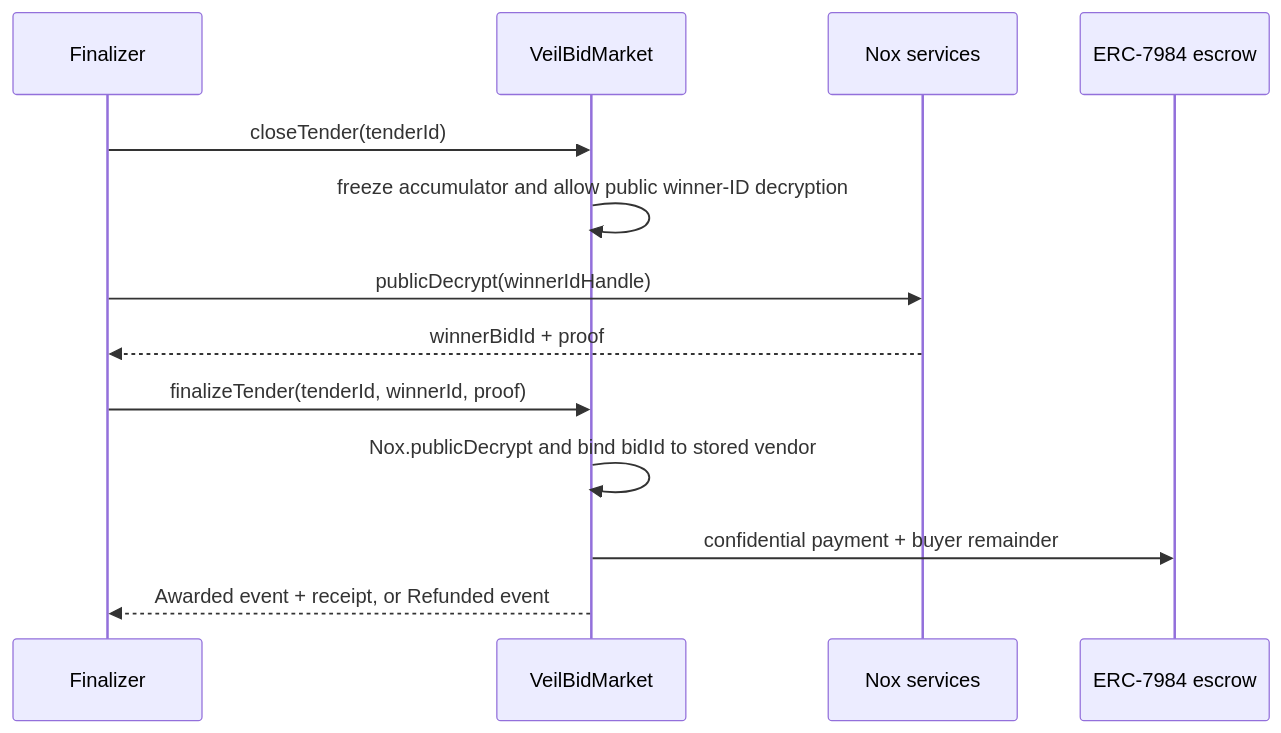
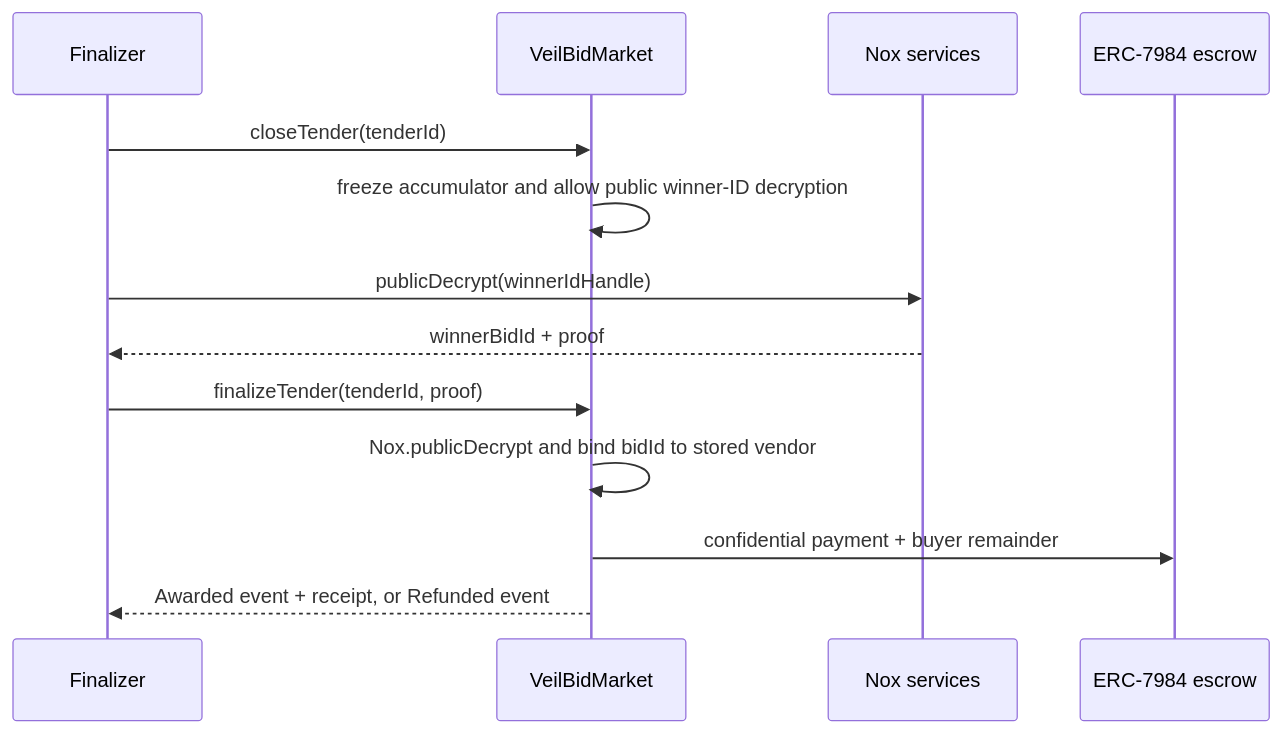
Before and after one commit to huutrungle2001/Veilbid: the second of 2 diagrams in docs/architecture.md, drawn with Mermaid. The commit also changed 8 other files, not shown here.

Commit message:
test: add public winner proof feasibility spike

````diff
--- a/docs/architecture.md
+++ b/docs/architecture.md
@@ -126,16 +126,16 @@
 ```mermaid
 sequenceDiagram
     participant F as Finalizer
     participant M as VeilBidMarket
     participant N as Nox services
     participant E as ERC-7984 escrow
 
     F->>M: closeTender(tenderId)
     M->>M: freeze accumulator and allow public winner-ID decryption
     F->>N: publicDecrypt(winnerIdHandle)
     N-->>F: winnerBidId + proof
-    F->>M: finalizeTender(tenderId, winnerId, proof)
+    F->>M: finalizeTender(tenderId, proof)
     M->>M: Nox.publicDecrypt and bind bidId to stored vendor
     M->>E: confidential payment + buyer remainder
     M-->>F: Awarded event + receipt, or Refunded event
 ```
````
